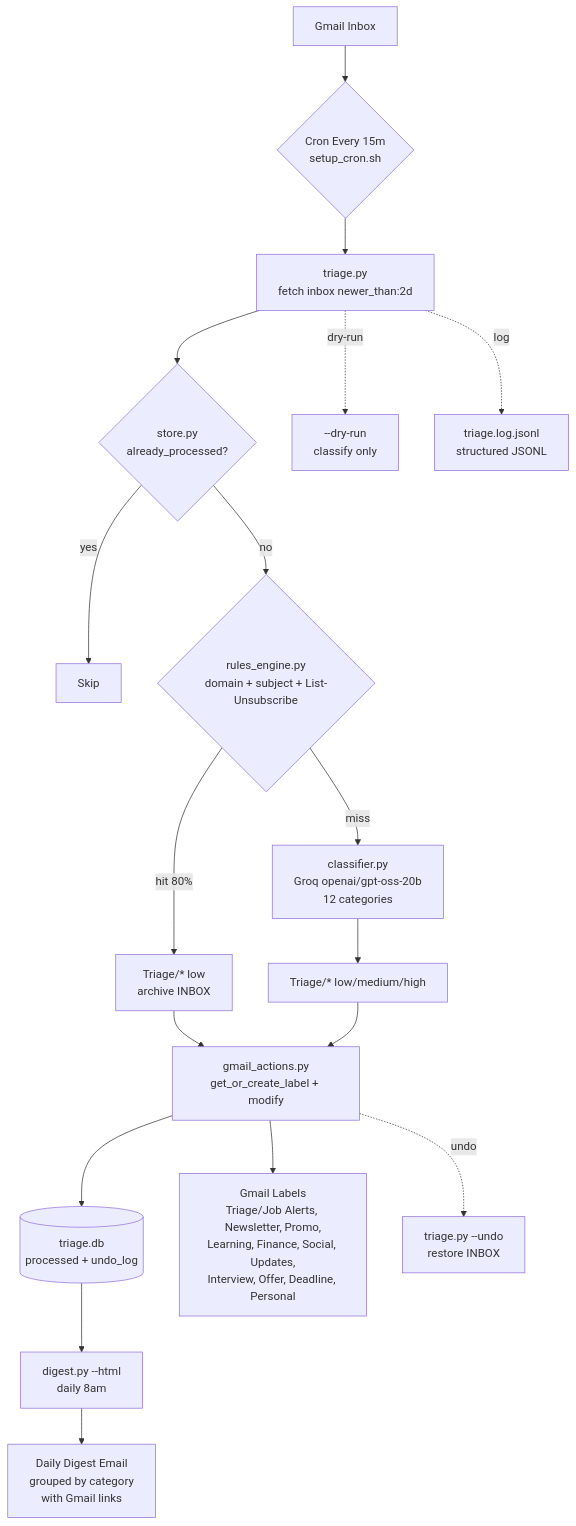
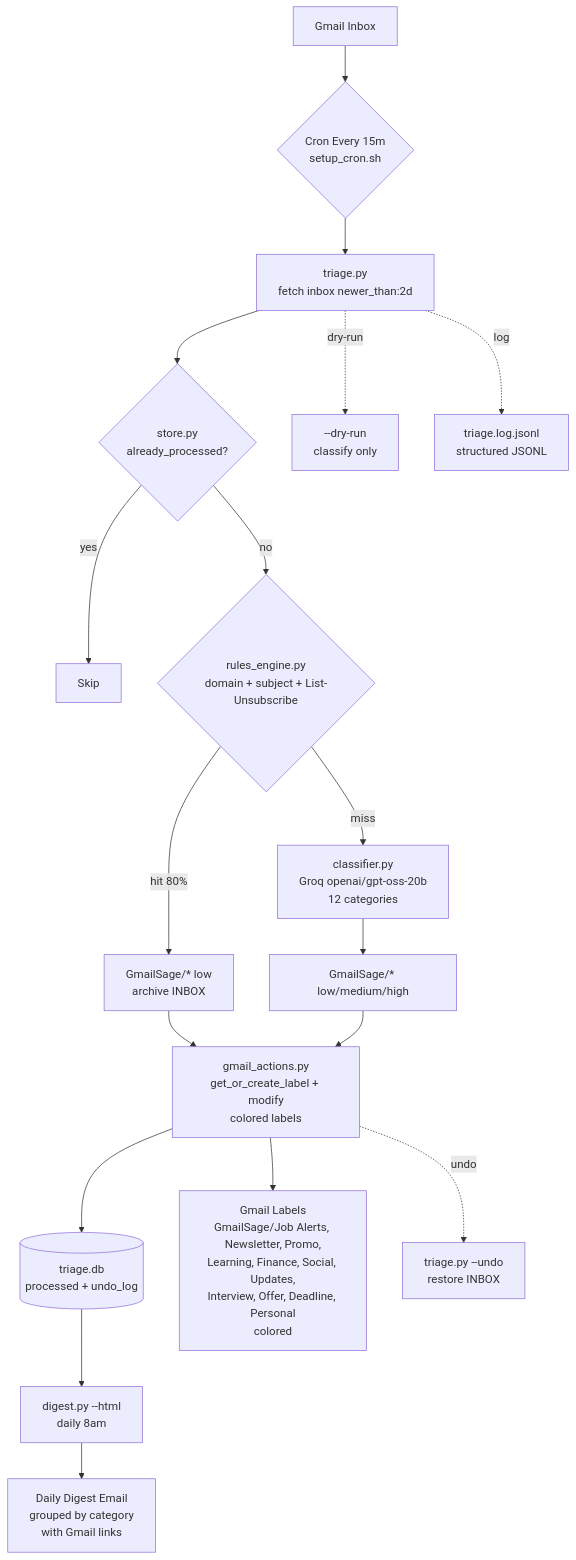
One commit to SahilAGowda/GmailSage changed the diagram in README.md. Above: the diagram before and after it, drawn with Mermaid. The commit also changed other lines of this file and 3 other files, not shown here.

Commit message:
feat: GmailSage labels with colors, cron re-enabled

````diff
--- a/README.md
+++ b/README.md
@@ -7,20 +7,20 @@
 ```mermaid
 flowchart TD
     GmailInbox[Gmail Inbox] --> Cron{Cron Every 15m<br/>setup_cron.sh}
     Cron --> Triage[triage.py<br/>fetch inbox newer_than:2d]
     Triage --> StoreCheck{store.py<br/>already_processed?}
     StoreCheck -->|yes| Skip[Skip]
     StoreCheck -->|no| Rules{rules_engine.py<br/>domain + subject + List-Unsubscribe}
-    Rules -->|hit 80%| LabelLow[Triage/* low<br/>archive INBOX]
+    Rules -->|hit 80%| LabelLow[GmailSage/* low<br/>archive INBOX]
     Rules -->|miss| LLM[classifier.py<br/>Groq openai/gpt-oss-20b<br/>12 categories]
-    LLM --> LabelLLM[Triage/* low/medium/high]
-    LabelLow --> GmailActions[gmail_actions.py<br/>get_or_create_label + modify]
+    LLM --> LabelLLM[GmailSage/* low/medium/high]
+    LabelLow --> GmailActions[gmail_actions.py<br/>get_or_create_label + modify<br/>colored labels]
     LabelLLM --> GmailActions
     GmailActions --> StoreDB[(triage.db<br/>processed + undo_log)]
-    GmailActions --> GmailLabels[Gmail Labels<br/>Triage/Job Alerts, Newsletter, Promo,<br/>Learning, Finance, Social, Updates,<br/>Interview, Offer, Deadline, Personal]
+    GmailActions --> GmailLabels[Gmail Labels<br/>GmailSage/Job Alerts, Newsletter, Promo,<br/>Learning, Finance, Social, Updates,<br/>Interview, Offer, Deadline, Personal<br/>colored]
     StoreDB --> Digest[digest.py --html<br/>daily 8am]
     Digest --> Email[Daily Digest Email<br/>grouped by category<br/>with Gmail links]
     GmailActions -.->|undo| Undo[triage.py --undo<br/>restore INBOX]
     Triage -.->|dry-run| DryRun[--dry-run<br/>classify only]
     Triage -.->|log| Log[triage.log.jsonl<br/>structured JSONL]
 ```
````
